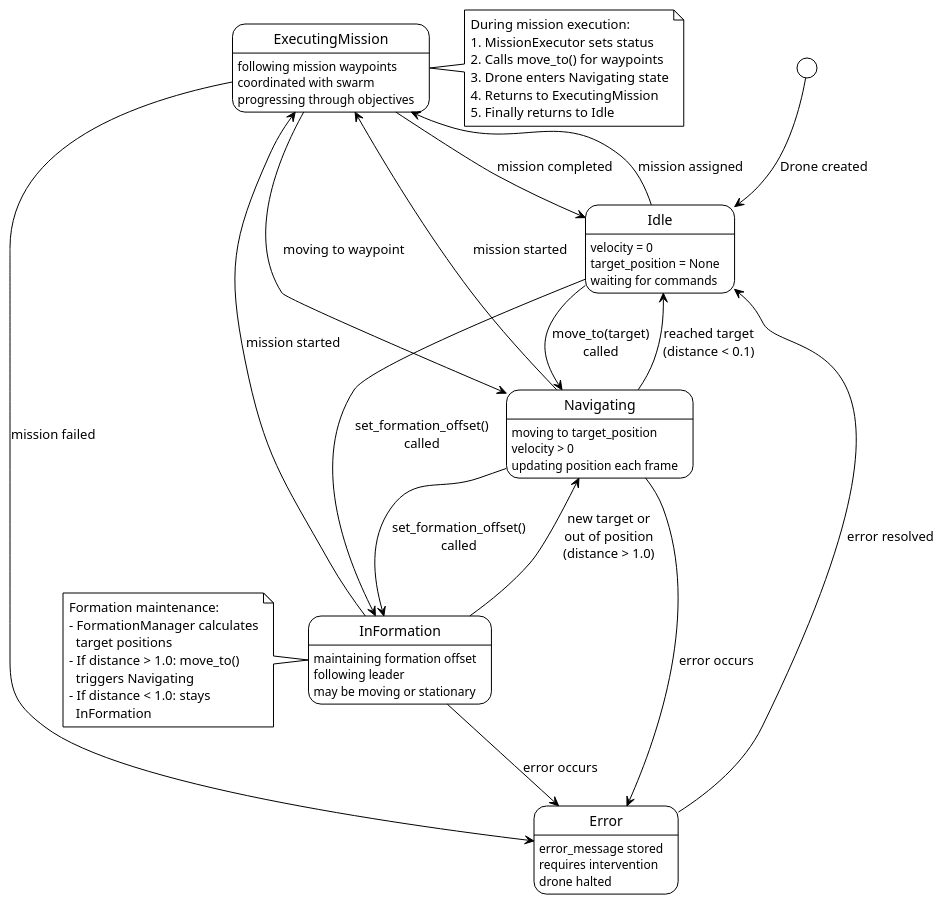
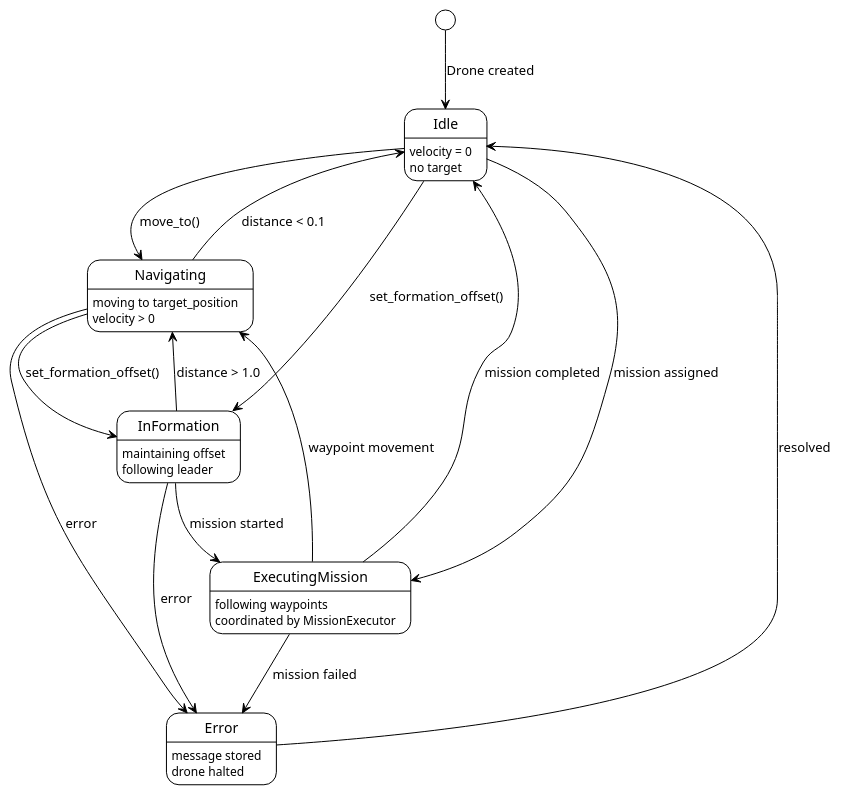
The sixth of 6 diagrams in doc/software/ARCHITECTURE.md (xwarzee/uav_in_rust), drawn with PlantUML before and after one commit. The commit also changed other lines of this file and 1 other file, not shown here.

Commit message:
update software architecture document and README

````diff
--- a/doc/software/ARCHITECTURE.md
+++ b/doc/software/ARCHITECTURE.md
@@ -745,76 +566,51 @@
 ```plantuml
 @startuml Drone State Diagram
 !theme plain
 
 [*] --> Idle : Drone created
 
 state Idle {
   Idle : velocity = 0
-  Idle : target_position = None
-  Idle : waiting for commands
+  Idle : no target
 }
 
 state Navigating {
   Navigating : moving to target_position
   Navigating : velocity > 0
-  Navigating : updating position each frame
 }
 
 state InFormation {
-  InFormation : maintaining formation offset
+  InFormation : maintaining offset
   InFormation : following leader
-  InFormation : may be moving or stationary
 }
 
 state ExecutingMission {
-  ExecutingMission : following mission waypoints
-  ExecutingMission : coordinated with swarm
-  ExecutingMission : progressing through objectives
+  ExecutingMission : following waypoints
+  ExecutingMission : coordinated by MissionExecutor
 }
 
 state Error {
-  Error : error_message stored
-  Error : requires intervention
+  Error : message stored
   Error : drone halted
 }
 
-Idle --> Navigating : move_to(target)\ncalled
-Idle --> InFormation : set_formation_offset()\ncalled
+Idle --> Navigating : move_to()
+Idle --> InFormation : set_formation_offset()
 Idle --> ExecutingMission : mission assigned
 
-Navigating --> Idle : reached target\n(distance < 0.1)
-Navigating --> InFormation : set_formation_offset()\ncalled
-Navigating --> ExecutingMission : mission started
-Navigating --> Error : error occurs
+Navigating --> Idle : distance < 0.1
+Navigating --> InFormation : set_formation_offset()
+Navigating --> Error : error
 
-InFormation --> Navigating : new target or\nout of position\n(distance > 1.0)
+InFormation --> Navigating : distance > 1.0
 InFormation --> ExecutingMission : mission started
-InFormation --> Error : error occurs
+InFormation --> Error : error
 
-ExecutingMission --> Navigating : moving to waypoint
+ExecutingMission --> Navigating : waypoint movement
 ExecutingMission --> Idle : mission completed
 ExecutingMission --> Error : mission failed
 
-Error --> Idle : error resolved
-
-note right of ExecutingMission
-  During mission execution:
-  1. MissionExecutor sets status
-  2. Calls move_to() for waypoints
-  3. Drone enters Navigating state
-  4. Returns to ExecutingMission
-  5. Finally returns to Idle
-end note
-
-note left of InFormation
-  Formation maintenance:
-  - FormationManager calculates
-    target positions
-  - If distance > 1.0: move_to()
-    triggers Navigating
-  - If distance < 1.0: stays
-    InFormation
-end note
+Error --> Idle : resolved
 
 @enduml
 ```
````
